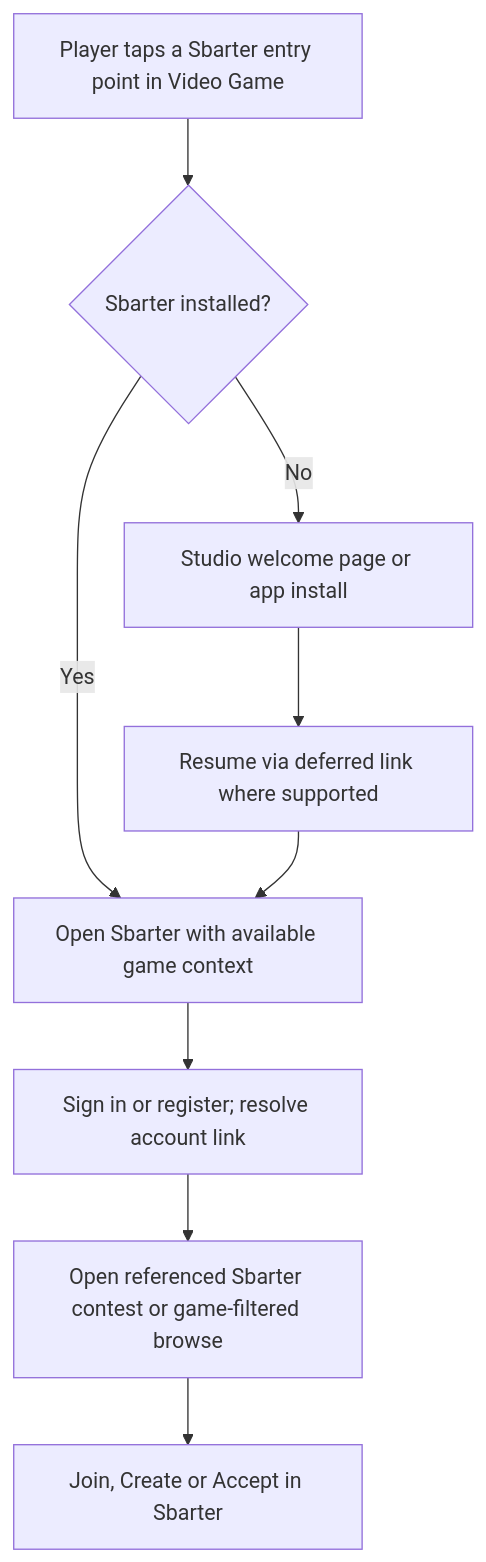
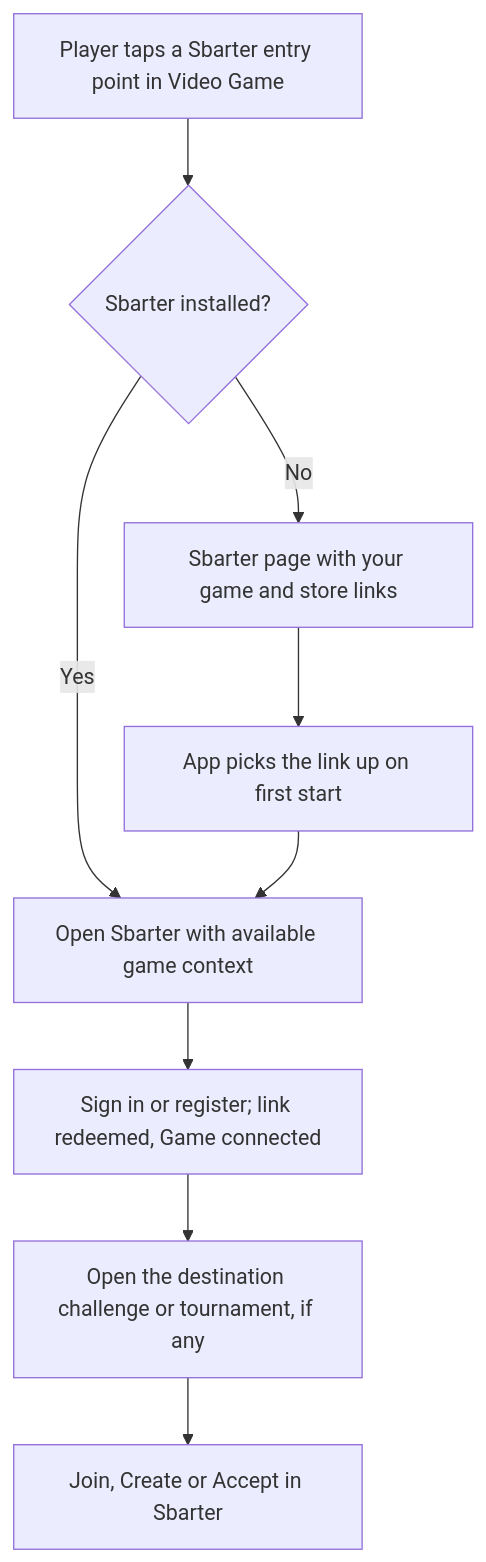
Before and after one commit to sbarter/docs: the first of 2 diagrams in guides/notifications.md, drawn with Mermaid. The commit also changed other lines of this file and 5 other files, not shown here.

First line of the commit message:
Update integration guides to the shipped Level 3 flows

````diff
--- a/guides/notifications.md
+++ b/guides/notifications.md
@@ -21,11 +23,11 @@
 ```mermaid
 flowchart TD
     A[Player taps a Sbarter entry point in Video Game] --> B{Sbarter installed?}
     B -->|Yes| C[Open Sbarter with available game context]
-    B -->|No| D[Studio welcome page or app install]
-    D --> E[Resume via deferred link where supported]
+    B -->|No| D[Sbarter page with your game and store links]
+    D --> E[App picks the link up on first start]
     E --> C
-    C --> F[Sign in or register; resolve account link]
-    F --> G[Open referenced Sbarter contest or game-filtered browse]
+    C --> F[Sign in or register; link redeemed, Game connected]
+    F --> G[Open the destination challenge or tournament, if any]
     G --> H[Join, Create or Accept in Sbarter]
 ```
````
